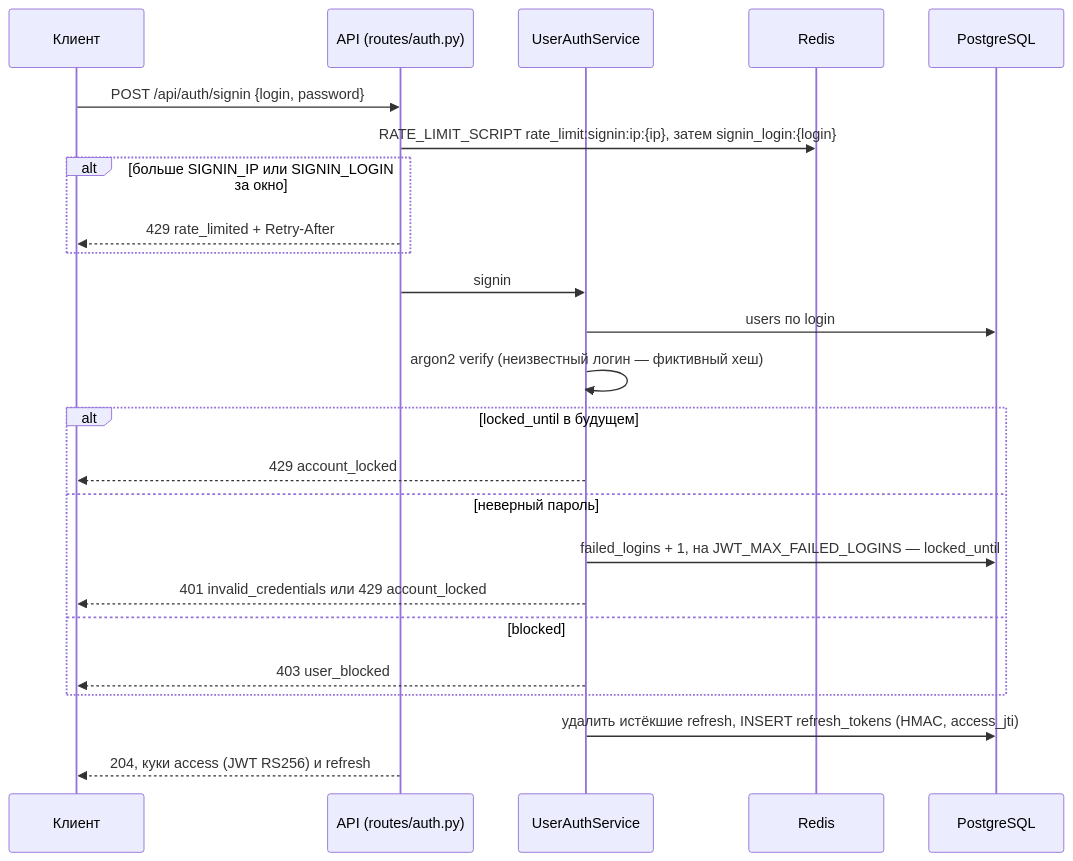
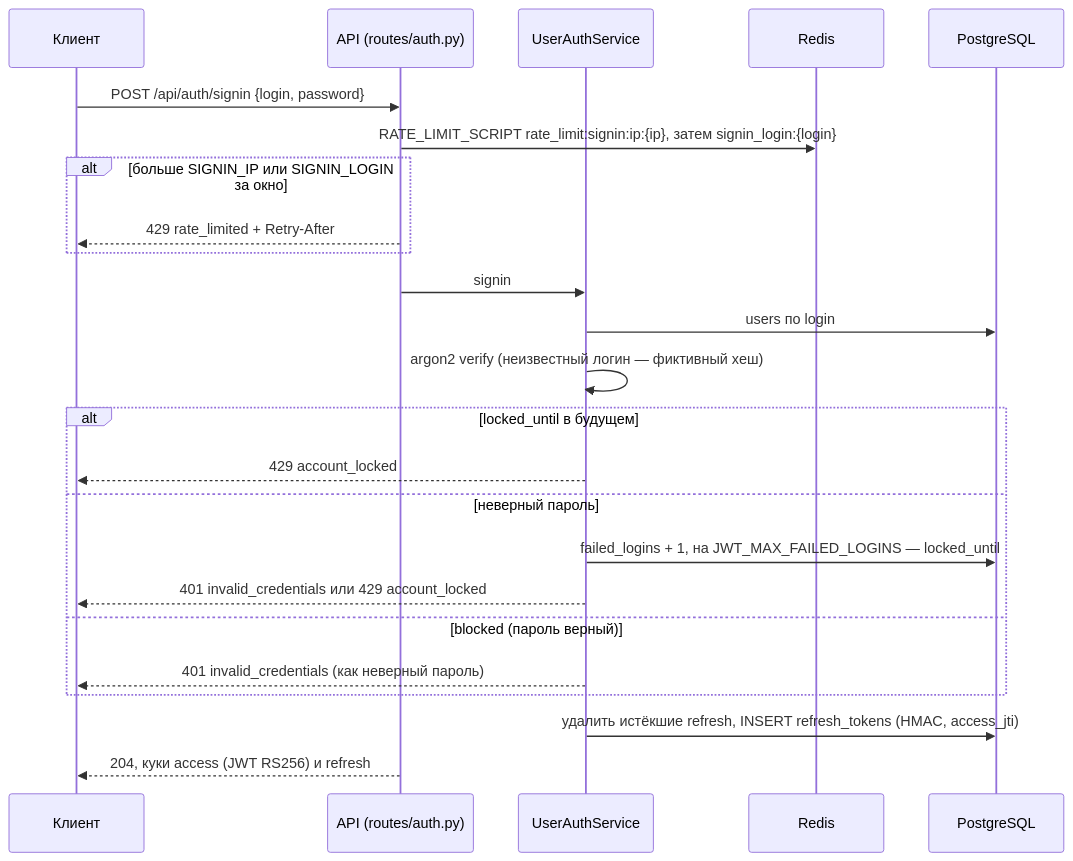
One commit to NikitkaZXC/tcloud-backend changed the first of 3 diagrams in docs/flows/users.md. Above: the diagram before and after it, drawn with Mermaid. The commit also changed other lines of this file and 2 other files, not shown here.

Commit message:
fix: answer invalid_credentials to blocked users at sign in

````diff
--- a/docs/flows/users.md
+++ b/docs/flows/users.md
@@ -39,26 +42,26 @@
 ```mermaid
 sequenceDiagram
     participant C as Клиент
     participant A as API (routes/auth.py)
     participant U as UserAuthService
     participant R as Redis
     participant DB as PostgreSQL
     C->>A: POST /api/auth/signin {login, password}
     A->>R: RATE_LIMIT_SCRIPT rate_limit:signin:ip:{ip}, затем signin_login:{login}
     alt больше SIGNIN_IP или SIGNIN_LOGIN за окно
         A-->>C: 429 rate_limited + Retry-After
     end
     A->>U: signin
     U->>DB: users по login
     U->>U: argon2 verify (неизвестный логин — фиктивный хеш)
     alt locked_until в будущем
         U-->>C: 429 account_locked
     else неверный пароль
         U->>DB: failed_logins + 1, на JWT_MAX_FAILED_LOGINS — locked_until
         U-->>C: 401 invalid_credentials или 429 account_locked
-    else blocked
-        U-->>C: 403 user_blocked
+    else blocked (пароль верный)
+        U-->>C: 401 invalid_credentials (как неверный пароль)
     end
     U->>DB: удалить истёкшие refresh, INSERT refresh_tokens (HMAC, access_jti)
     A-->>C: 204, куки access (JWT RS256) и refresh
 ```
````
